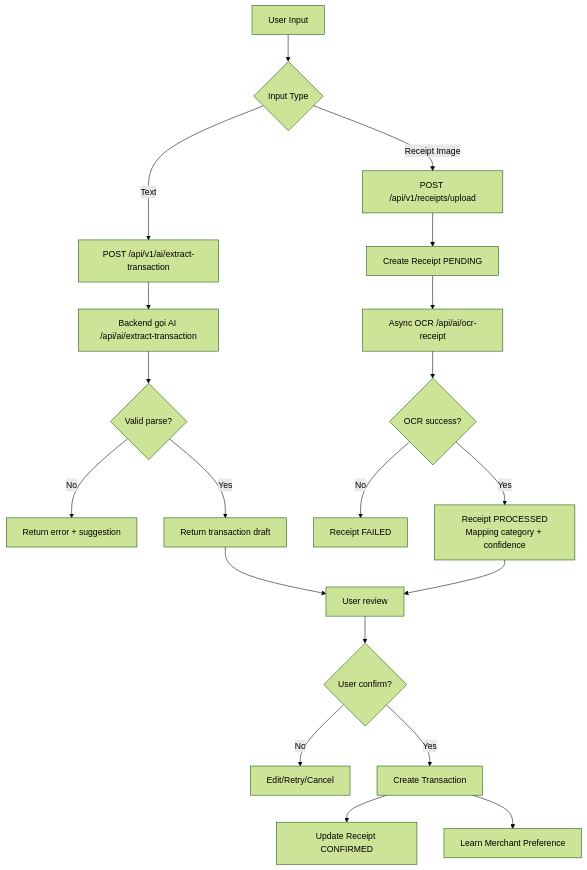
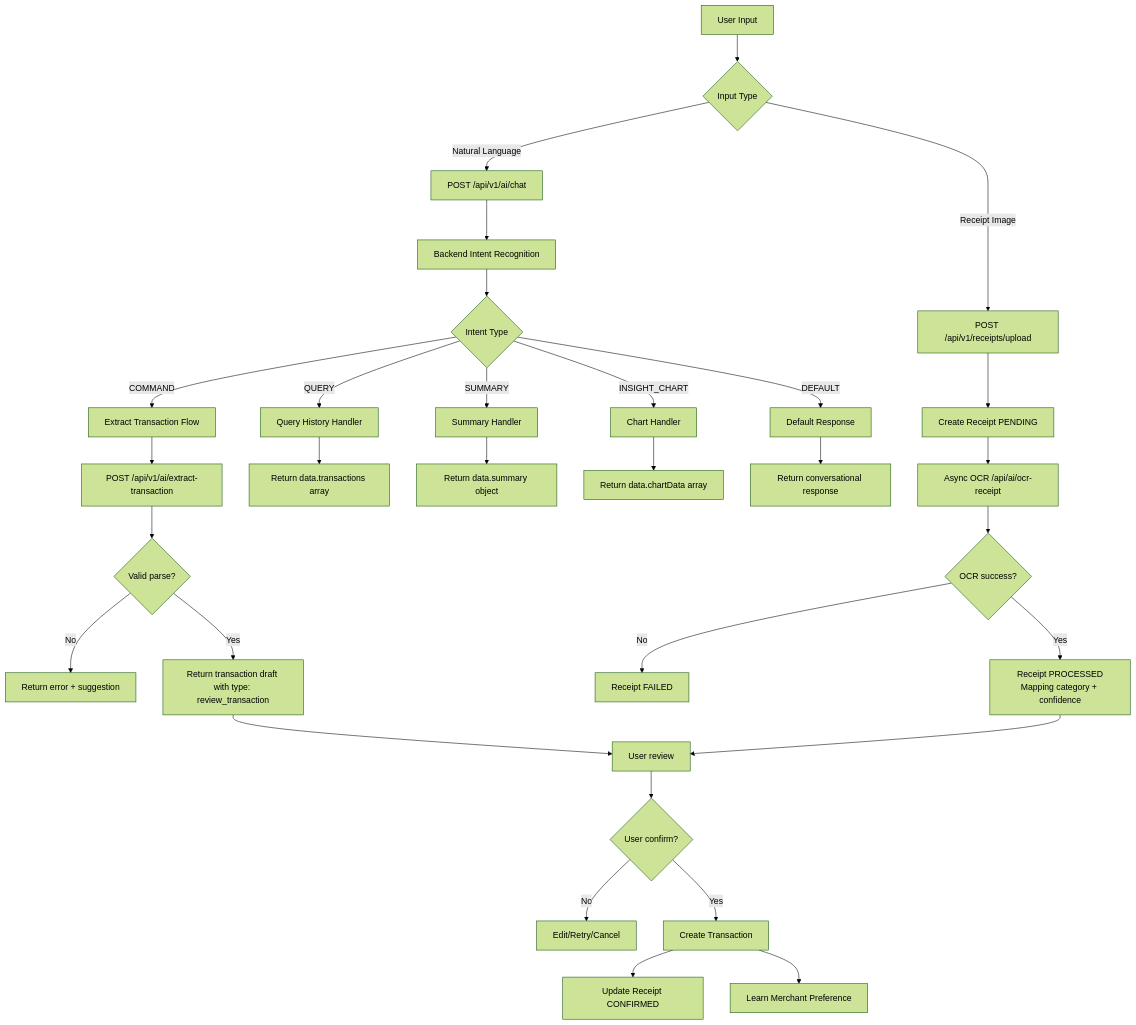
One commit to Anphan0612/Smart-Personal-Finance-Management-System changed the sixth of 6 diagrams in docs/WORKFLOWS.md. Above: the diagram before and after it, drawn with Mermaid (forest theme). The commit also changed other lines of this file and 6 other files, not shown here.

Commit message:
docs: update features and architecture analysis

````diff
--- a/docs/WORKFLOWS.md
+++ b/docs/WORKFLOWS.md
@@ -248,26 +248,40 @@
 ```mermaid
 flowchart TD
     A[User Input] --> B{Input Type}
 
-    B -->|Text| C[POST /api/v1/ai/extract-transaction]
+    B -->|Natural Language| C[POST /api/v1/ai/chat]
     B -->|Receipt Image| D[POST /api/v1/receipts/upload]
 
-    C --> E[Backend gọi AI /api/ai/extract-transaction]
-    E --> F{Valid parse?}
-    F -->|No| G[Return error + suggestion]
-    F -->|Yes| H[Return transaction draft]
+    C --> E[Backend Intent Recognition]
+    E --> F{Intent Type}
+    
+    F -->|COMMAND| G[Extract Transaction Flow]
+    F -->|QUERY| H[Query History Handler]
+    F -->|SUMMARY| I[Summary Handler]
+    F -->|INSIGHT_CHART| J[Chart Handler]
+    F -->|DEFAULT| K[Default Response]
+    
+    G --> L[POST /api/v1/ai/extract-transaction]
+    L --> M{Valid parse?}
+    M -->|No| N[Return error + suggestion]
+    M -->|Yes| O[Return transaction draft with type: review_transaction]
+    
+    H --> P[Return data.transactions array]
+    I --> Q[Return data.summary object]
+    J --> R[Return data.chartData array]
+    K --> S[Return conversational response]
 
-    D --> I[Create Receipt PENDING]
-    I --> J[Async OCR /api/ai/ocr-receipt]
-    J --> K{OCR success?}
-    K -->|No| L[Receipt FAILED]
-    K -->|Yes| M[Receipt PROCESSED\nMapping category + confidence]
+    D --> T[Create Receipt PENDING]
+    T --> U[Async OCR /api/ai/ocr-receipt]
+    U --> V{OCR success?}
+    V -->|No| W[Receipt FAILED]
+    V -->|Yes| X[Receipt PROCESSED\nMapping category + confidence]
 
-    H --> N[User review]
-    M --> N
-    N --> O{User confirm?}
-    O -->|No| P[Edit/Retry/Cancel]
-    O -->|Yes| Q[Create Transaction]
-    Q --> R[Update Receipt CONFIRMED]
-    Q --> S[Learn Merchant Preference]
+    O --> Y[User review]
+    X --> Y
+    Y --> Z{User confirm?}
+    Z -->|No| AA[Edit/Retry/Cancel]
+    Z -->|Yes| AB[Create Transaction]
+    AB --> AC[Update Receipt CONFIRMED]
+    AB --> AD[Learn Merchant Preference]
 ```
````
